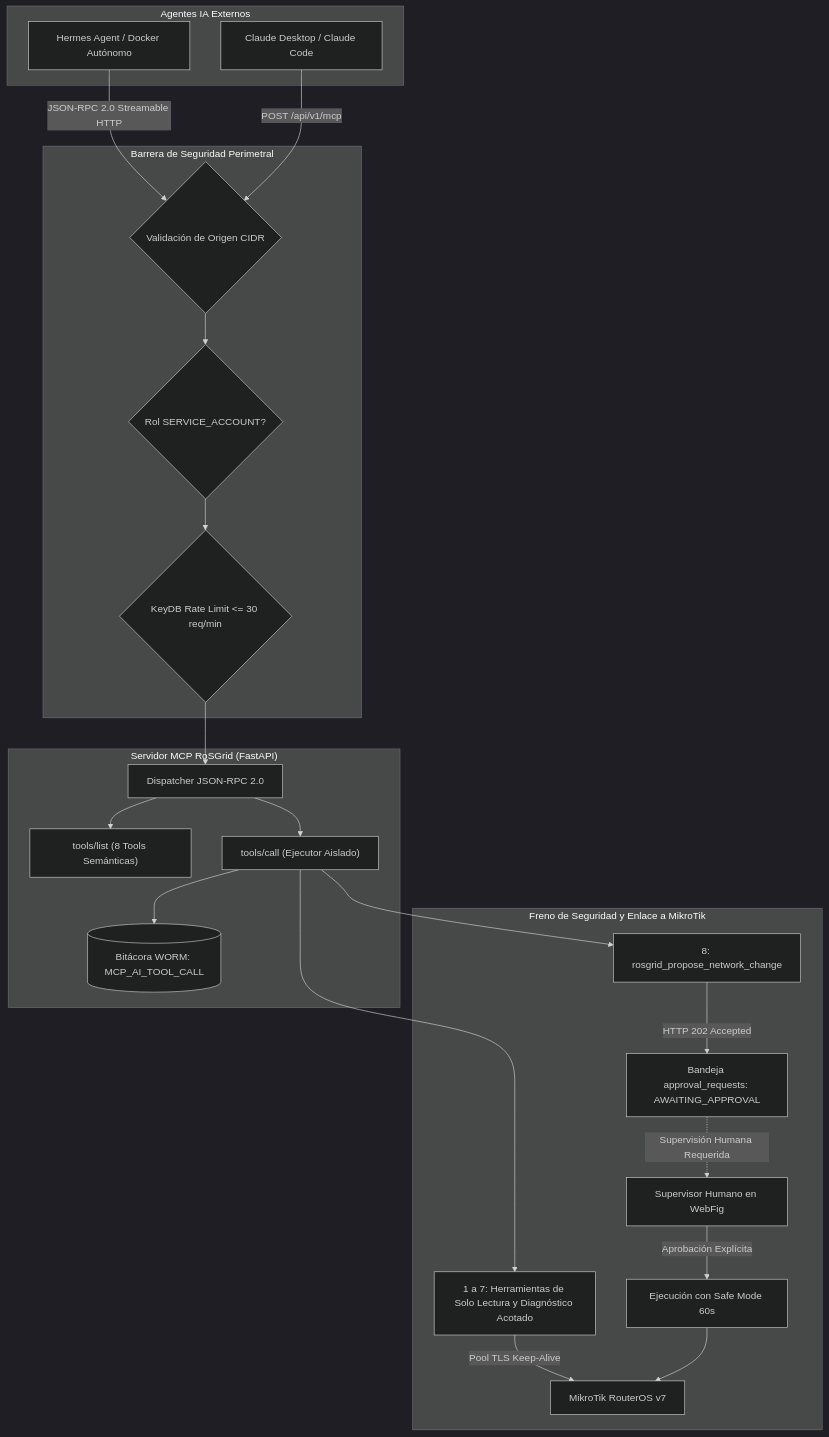
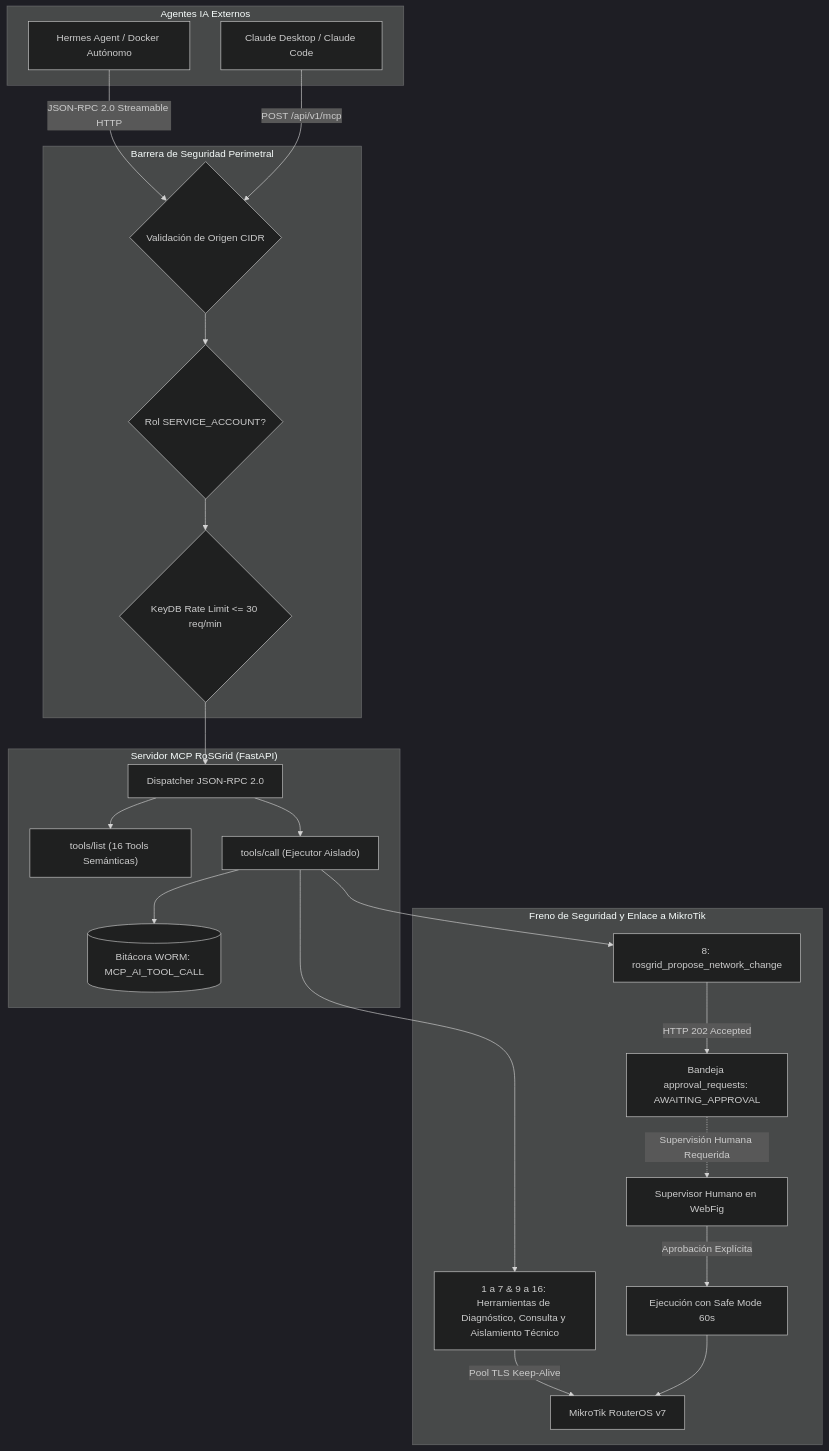
Before and after one commit to tecno-consultores/RoSGrid: the first of 2 diagrams in docs/07_GUIA_INTEGRACION_IA_MCP_HERMES_Y_CLAUDE.md, drawn with Mermaid (dark theme). The commit also changed other lines of this file and 7 other files, not shown here.

````diff
--- a/docs/07_GUIA_INTEGRACION_IA_MCP_HERMES_Y_CLAUDE.md
+++ b/docs/07_GUIA_INTEGRACION_IA_MCP_HERMES_Y_CLAUDE.md
@@ -9,36 +9,36 @@
 ```mermaid
 graph TB
     subgraph "Agentes IA Externos"
         Hermes[Hermes Agent / Docker Autónomo]
         Claude[Claude Desktop / Claude Code]
     end
 
     subgraph "Barrera de Seguridad Perimetral"
         CIDR{Validación de Origen CIDR}
         RoleAuth{Rol SERVICE_ACCOUNT?}
         RateLimit{KeyDB Rate Limit <= 30 req/min}
     end
 
     Hermes -->|JSON-RPC 2.0 Streamable HTTP| CIDR
     Claude -->|POST /api/v1/mcp| CIDR
     CIDR --> RoleAuth
     RoleAuth --> RateLimit
 
     subgraph "Servidor MCP RoSGrid (FastAPI)"
         RateLimit --> Dispatcher[Dispatcher JSON-RPC 2.0]
-        Dispatcher --> ToolsList["tools/list (8 Tools Semánticas)"]
+        Dispatcher --> ToolsList["tools/list (16 Tools Semánticas)"]
         Dispatcher --> ToolExec["tools/call (Ejecutor Aislado)"]
         ToolExec --> AuditWORM[(Bitácora WORM: MCP_AI_TOOL_CALL)]
     end
 
     subgraph "Freno de Seguridad y Enlace a MikroTik"
-        ToolExec --> ReadTools[1 a 7: Herramientas de Solo Lectura y Diagnóstico Acotado]
+        ToolExec --> ReadTools[1 a 7 & 9 a 16: Herramientas de Diagnóstico, Consulta y Aislamiento Técnico]
         ToolExec --> MutationTool[8: rosgrid_propose_network_change]
         
         ReadTools -->|Pool TLS Keep-Alive| MikroTik[MikroTik RouterOS v7]
         MutationTool -->|HTTP 202 Accepted| MakerChecker[Bandeja approval_requests: AWAITING_APPROVAL]
         MakerChecker -.->|Supervisión Humana Requerida| Supervisor[Supervisor Humano en WebFig]
         Supervisor -->|Aprobación Explícita| SafeMode[Ejecución con Safe Mode 60s]
         SafeMode --> MikroTik
     end
 ```
````
